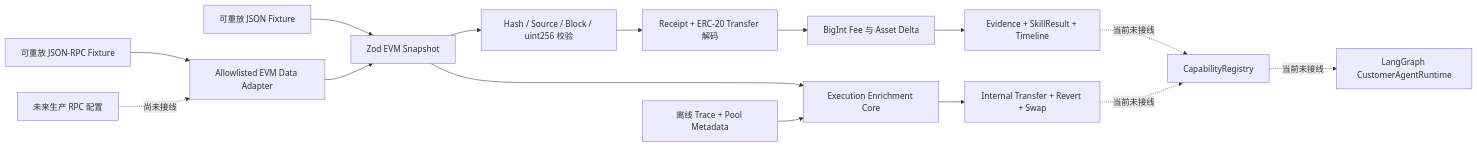
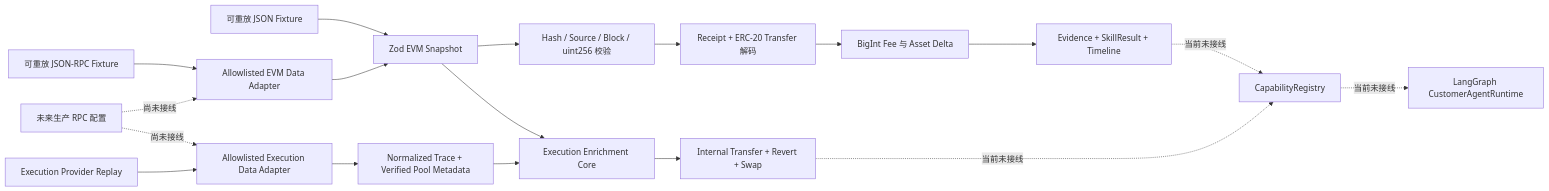
Before and after one commit to spencer17x/xxyy-ask: the diagram in docs/transaction-analysis-core.md, drawn with Mermaid. The commit also changed other lines of this file and 28 other files, not shown here.

Commit message:
feat(rag): add allowlisted EVM execution data adapter

````diff
--- a/docs/transaction-analysis-core.md
+++ b/docs/transaction-analysis-core.md
@@ -11,18 +11,21 @@
 ```mermaid
 flowchart LR
   Fixture["可重放 JSON Fixture"] --> Snapshot["Zod EVM Snapshot"]
   RpcFixture["可重放 JSON-RPC Fixture"] --> DataAdapter["Allowlisted EVM Data Adapter"]
   ConfiguredRpc["未来生产 RPC 配置"] -. "尚未接线" .-> DataAdapter
   DataAdapter --> Snapshot
+  ExecFixture["Execution Provider Replay"] --> ExecAdapter["Allowlisted Execution Data Adapter"]
+  ConfiguredRpc -. "尚未接线" .-> ExecAdapter
+  ExecAdapter --> Trace["Normalized Trace + Verified Pool Metadata"]
   Snapshot --> Validate["Hash / Source / Block / uint256 校验"]
   Validate --> Decode["Receipt + ERC-20 Transfer 解码"]
   Decode --> Calculate["BigInt Fee 与 Asset Delta"]
   Calculate --> Result["Evidence + SkillResult + Timeline"]
   Snapshot --> Enrichment["Execution Enrichment Core"]
-  Trace["离线 Trace + Pool Metadata"] --> Enrichment
+  Trace --> Enrichment
   Enrichment --> Enriched["Internal Transfer + Revert + Swap"]
 
   Result -. "当前未接线" .-> Capability["CapabilityRegistry"]
   Enriched -. "当前未接线" .-> Capability
   Capability -. "当前未接线" .-> Agent["LangGraph CustomerAgentRuntime"]
 ```
````
